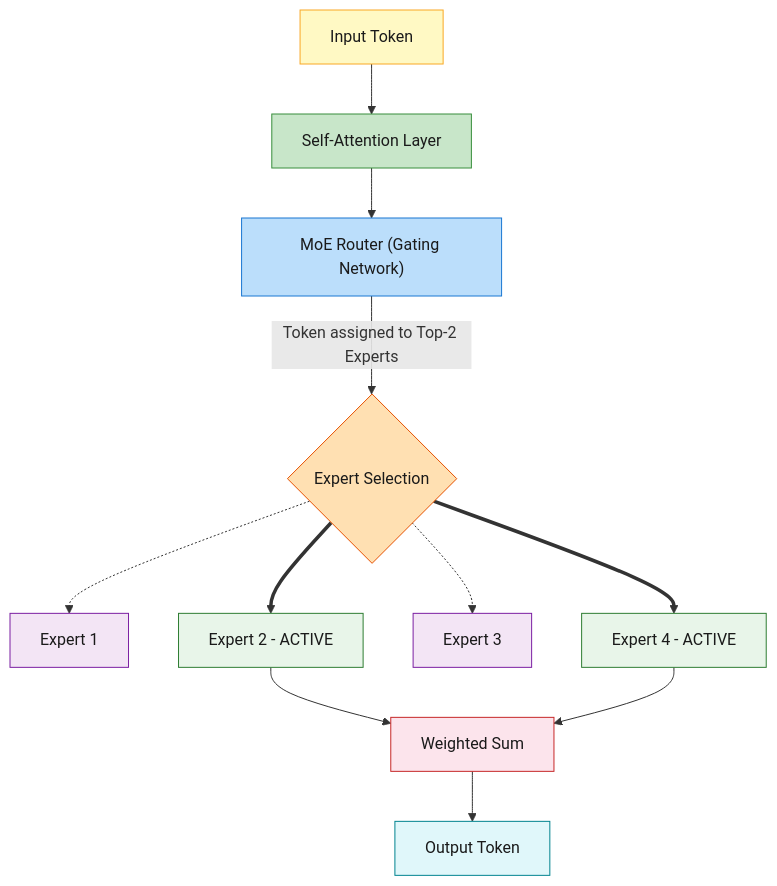
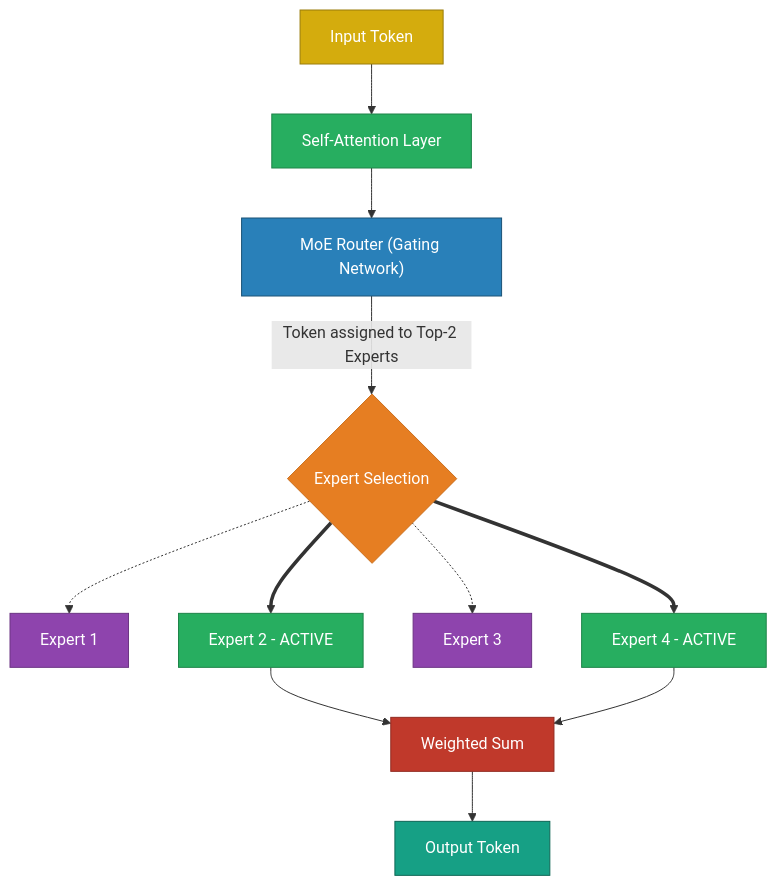
One commit to GyanendraChaubey/AI-Engineering-Notes changed the first of 2 diagrams in docs/15-miscellaneous/README.md. Above: the diagram before and after it, drawn with Mermaid. The commit also changed other lines of this file and 15 other files, not shown here.

Commit message:
style: replace all Mermaid diagram colors with saturated palette + white text for dark mode compatibility (321 changes across 16 files)

````diff
--- a/docs/15-miscellaneous/README.md
+++ b/docs/15-miscellaneous/README.md
@@ -63,34 +63,34 @@
 ```mermaid
 flowchart TD
     A["Input Token"]
     B["Self-Attention Layer"]
     C["MoE Router (Gating Network)"]
     D{"Expert Selection"}
     E1["Expert 1"]
     E2["Expert 2 - ACTIVE"]
     E3["Expert 3"]
     E4["Expert 4 - ACTIVE"]
     F["Weighted Sum"]
     G["Output Token"]
 
     A --> B --> C
     C -->|"Token assigned to Top-2 Experts"| D
     D -.-> E1
     D ==> E2
     D -.-> E3
     D ==> E4
     E2 --> F
     E4 --> F
     F --> G
 
-    style A fill:#FFF9C4,stroke:#F9A825,color:#1a1a1a
-    style B fill:#C8E6C9,stroke:#388E3C,color:#1a1a1a
-    style C fill:#BBDEFB,stroke:#1976D2,color:#1a1a1a
-    style D fill:#FFE0B2,stroke:#E65100,color:#1a1a1a
-    style E1 fill:#F3E5F5,stroke:#7B1FA2,color:#1a1a1a
-    style E2 fill:#E8F5E9,stroke:#2E7D32,color:#1a1a1a
-    style E3 fill:#F3E5F5,stroke:#7B1FA2,color:#1a1a1a
-    style E4 fill:#E8F5E9,stroke:#2E7D32,color:#1a1a1a
-    style F fill:#FCE4EC,stroke:#C62828,color:#1a1a1a
-    style G fill:#E0F7FA,stroke:#00838F,color:#1a1a1a
+    style A fill:#D4AC0D,stroke:#9A7D0A,color:#FFFFFF
+    style B fill:#27AE60,stroke:#1E8449,color:#FFFFFF
+    style C fill:#2980B9,stroke:#1A5276,color:#FFFFFF
+    style D fill:#E67E22,stroke:#CA6F1E,color:#FFFFFF
+    style E1 fill:#8E44AD,stroke:#6C3483,color:#FFFFFF
+    style E2 fill:#27AE60,stroke:#1E8449,color:#FFFFFF
+    style E3 fill:#8E44AD,stroke:#6C3483,color:#FFFFFF
+    style E4 fill:#27AE60,stroke:#1E8449,color:#FFFFFF
+    style F fill:#C0392B,stroke:#922B21,color:#FFFFFF
+    style G fill:#16A085,stroke:#0E6655,color:#FFFFFF
 ```
````
